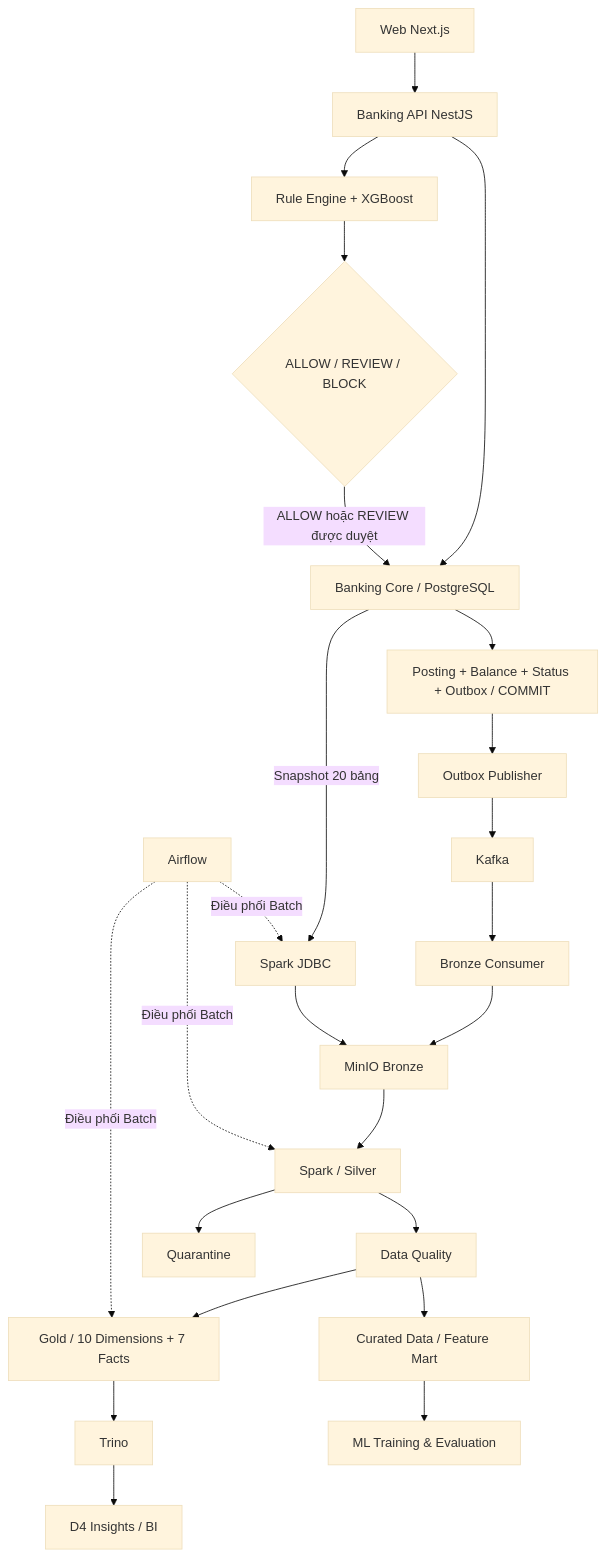
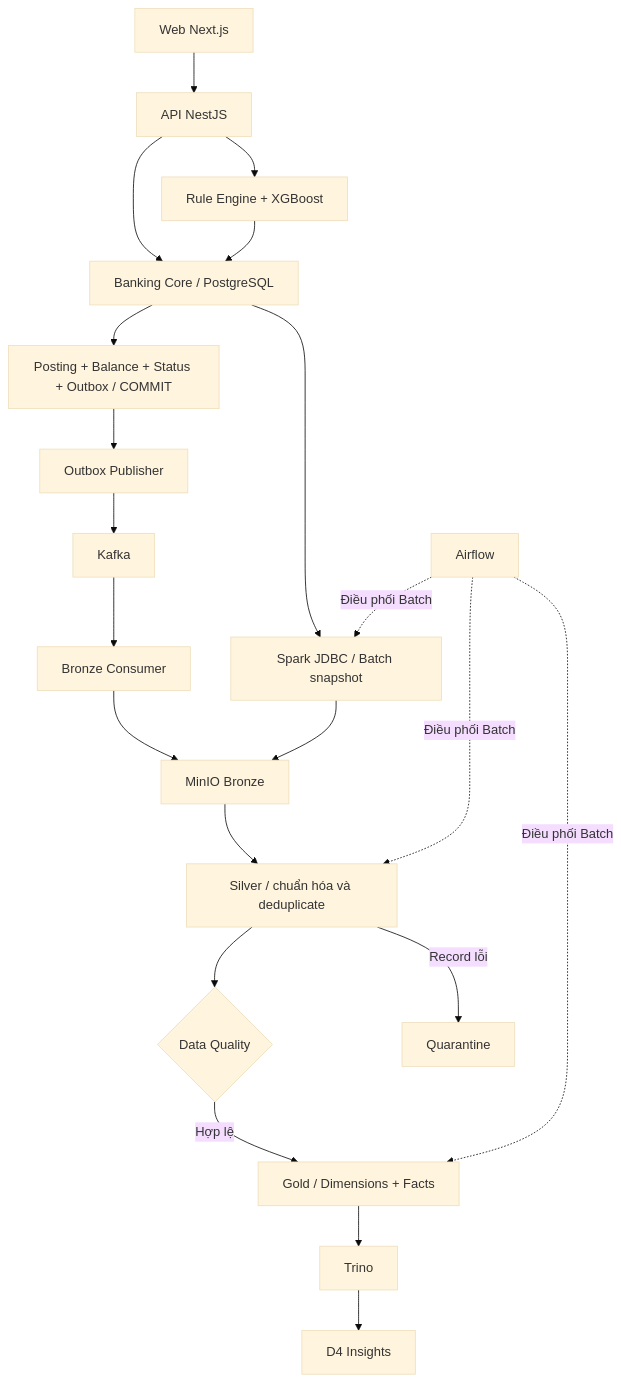
The diagram in README.md (dien-2006/banking-transaction-fraud-detection), drawn with Mermaid (base theme) before and after one commit. The commit also changed other lines of this file, not shown here.

````diff
--- a/README.md
+++ b/README.md
@@ -104,29 +42,26 @@
 ```mermaid
 flowchart TB
-    Web[Web Next.js] --> API[Banking API NestJS]
+    Web[Web Next.js] --> API[API NestJS]
+    API --> PG[Banking Core / PostgreSQL]
     API --> Risk[Rule Engine + XGBoost]
-    API --> Core[Banking Core / PostgreSQL]
-    Risk --> Decision{ALLOW / REVIEW / BLOCK}
-    Decision -->|ALLOW hoặc REVIEW được duyệt| Core
-    Core --> Commit[Posting + Balance + Status + Outbox / COMMIT]
+    Risk --> PG
+    PG --> Commit[Posting + Balance + Status + Outbox / COMMIT]
 
     Commit --> Publisher[Outbox Publisher]
     Publisher --> Kafka[Kafka]
     Kafka --> Consumer[Bronze Consumer]
     Consumer --> Bronze[MinIO Bronze]
 
-    Core -->|Snapshot 20 bảng| Extract[Spark JDBC]
+    PG --> Extract[Spark JDBC / Batch snapshot]
     Extract --> Bronze
-    Bronze --> Silver[Spark / Silver]
-    Silver --> DQ[Data Quality]
-    Silver --> Quarantine[Quarantine]
-    DQ --> Gold[Gold / 10 Dimensions + 7 Facts]
+    Bronze --> Silver[Silver / chuẩn hóa và deduplicate]
+    Silver --> DQ{Data Quality}
+    DQ -->|Hợp lệ| Gold[Gold / Dimensions + Facts]
+    Silver -->|Record lỗi| Quarantine[Quarantine]
     Gold --> Trino[Trino]
-    Trino --> Insights[D4 Insights / BI]
-    DQ --> Features[Curated Data / Feature Mart]
-    Features --> Training[ML Training & Evaluation]
+    Trino --> Insights[D4 Insights]
 
     Airflow[Airflow] -. Điều phối Batch .-> Extract
     Airflow -. Điều phối Batch .-> Silver
     Airflow -. Điều phối Batch .-> Gold
 ```
````
